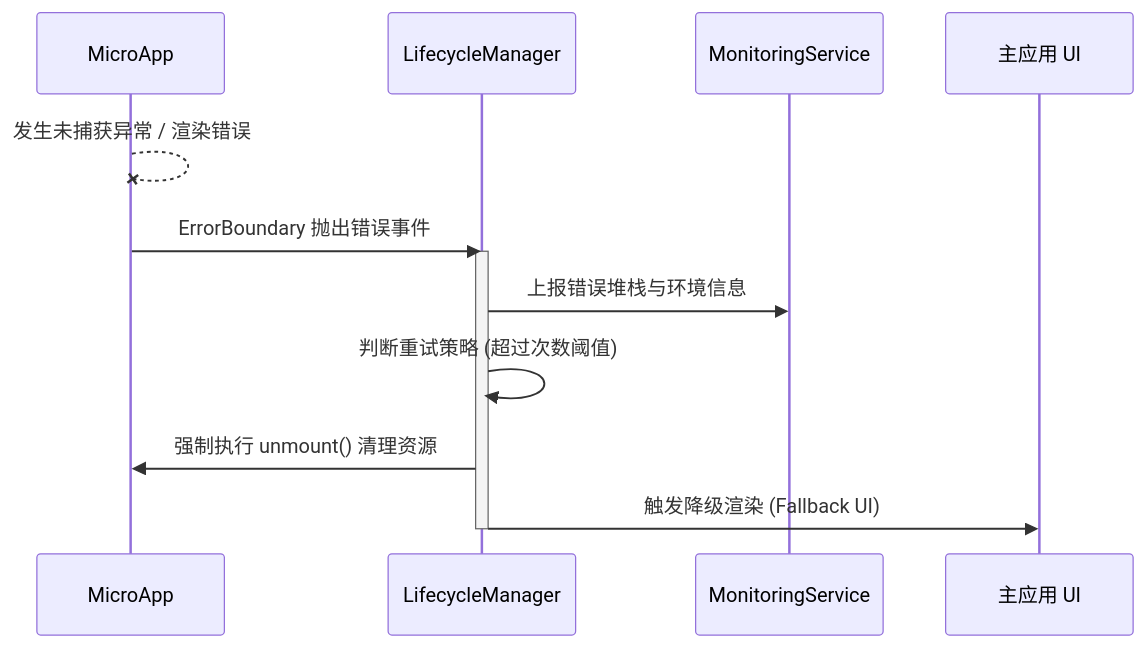
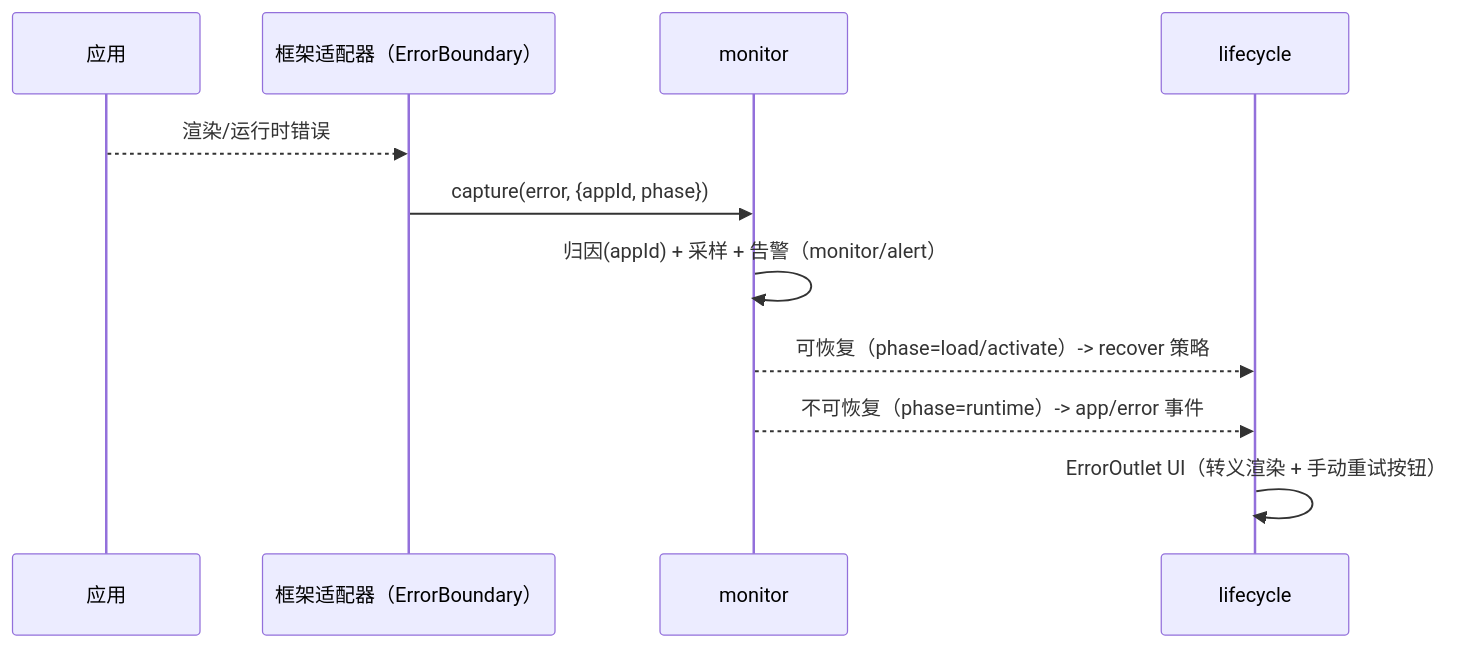
Before and after one commit to YvYuYv/taixu: the fifth of 6 diagrams in module-interaction.md, drawn with Mermaid. The commit also changed other lines of this file and 12 other files, not shown here.

````diff
--- a/module-interaction.md
+++ b/module-interaction.md
@@ -161,16 +133,14 @@
 ```mermaid
 sequenceDiagram
-    participant App as MicroApp
-    participant LM as LifecycleManager
-    participant Mon as MonitoringService
-    participant Host as 主应用 UI
+    participant App as 应用
+    participant Ad as 框架适配器（ErrorBoundary）
+    participant M as monitor
+    participant L as lifecycle
 
-    App--xApp: 发生未捕获异常 / 渲染错误
-    App->>LM: ErrorBoundary 抛出错误事件
-    activate LM
-    LM->>Mon: 上报错误堆栈与环境信息
-    LM->>LM: 判断重试策略 (超过次数阈值)
-    LM->>App: 强制执行 unmount() 清理资源
-    LM->>Host: 触发降级渲染 (Fallback UI)
-    deactivate LM
+    App-->>Ad: 渲染/运行时错误
+    Ad->>M: capture(error, {appId, phase})
+    M->>M: 归因(appId) + 采样 + 告警（monitor/alert）
+    M-->>L: 可恢复（phase=load/activate）-> recover 策略
+    M-->>L: 不可恢复（phase=runtime）-> app/error 事件
+    L->>L: ErrorOutlet UI（转义渲染 + 手动重试按钮）
 ```
````
